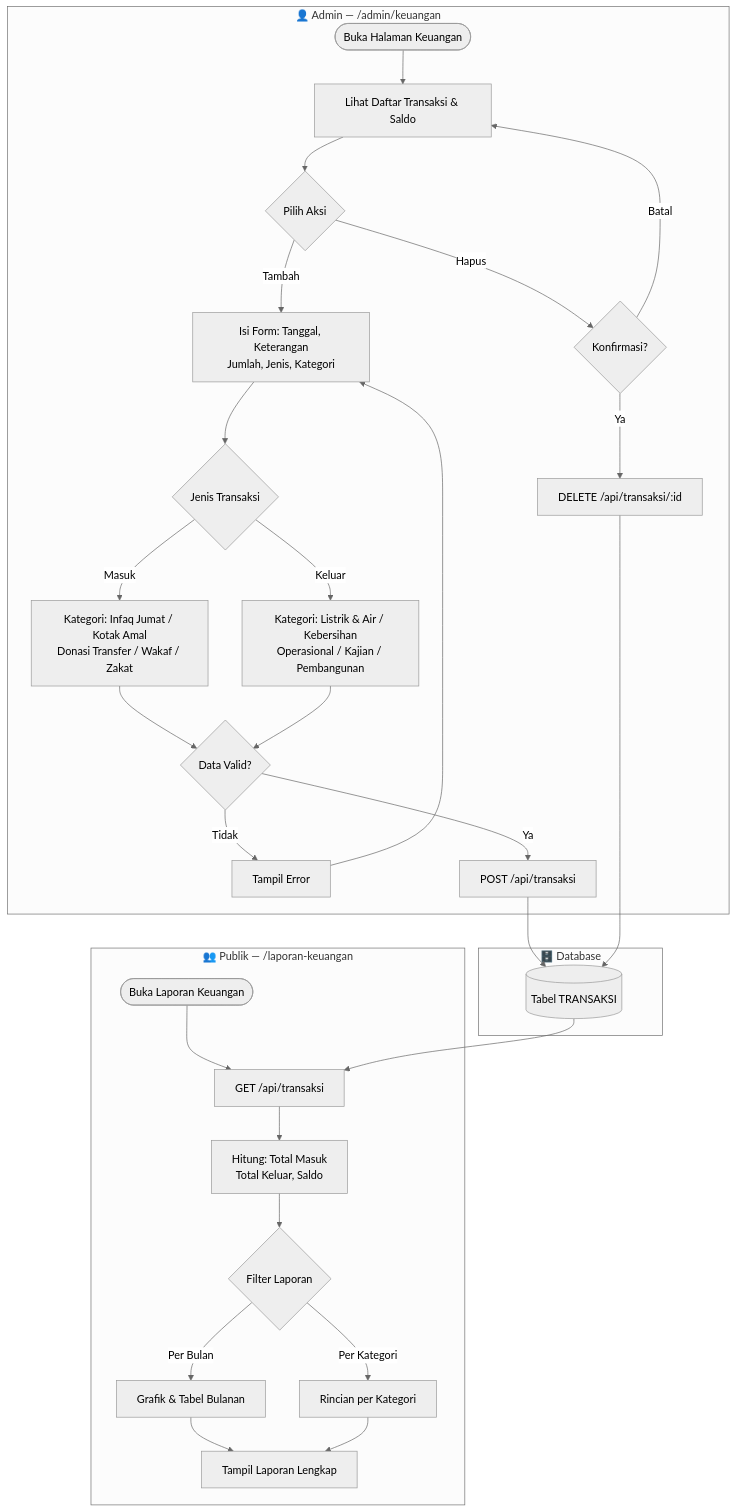
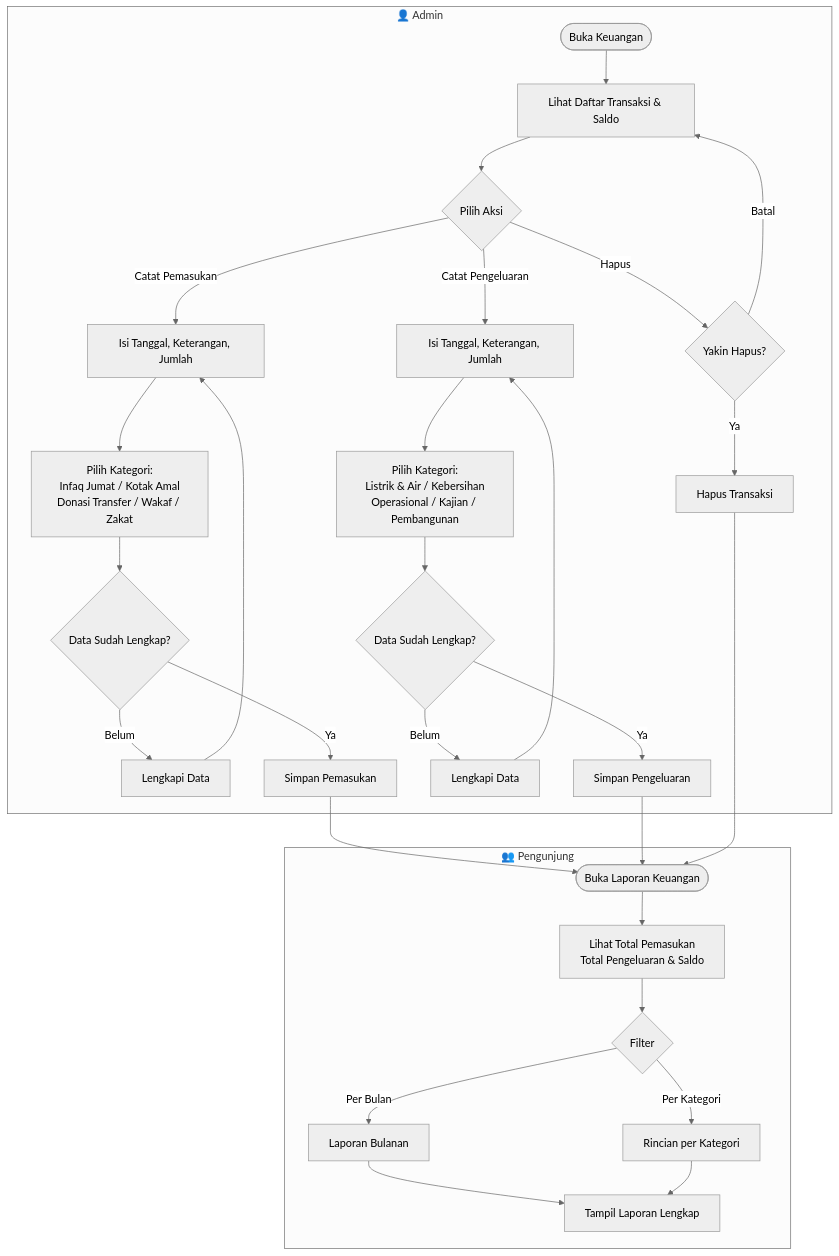
One commit to nabilhatami86/masjid-al-hidayah changed the fifth of 6 diagrams in ERD.md. Above: the diagram before and after it, drawn with Mermaid (neutral theme). The commit also changed other lines of this file, not shown here.

````diff
--- a/ERD.md
+++ b/ERD.md
@@ -324,39 +300,38 @@
 ```mermaid
 flowchart TD
-    subgraph ADMIN["👤 Admin — /admin/keuangan"]
-        A1([Buka Halaman Keuangan]) --> A2[Lihat Daftar Transaksi & Saldo]
+    subgraph ADMIN["👤 Admin"]
+        A1([Buka Keuangan]) --> A2[Lihat Daftar Transaksi & Saldo]
         A2 --> A3{Pilih Aksi}
 
-        A3 -- Tambah --> A4[Isi Form: Tanggal, Keterangan\nJumlah, Jenis, Kategori]
-        A4 --> A5{Jenis Transaksi}
-        A5 -- Masuk --> A6[Kategori: Infaq Jumat / Kotak Amal\nDonasi Transfer / Wakaf / Zakat]
-        A5 -- Keluar --> A7[Kategori: Listrik & Air / Kebersihan\nOperasional / Kajian / Pembangunan]
-        A6 --> A8{Data Valid?}
-        A7 --> A8
-        A8 -- Tidak --> A9[Tampil Error]
-        A9 --> A4
-        A8 -- Ya --> A10[POST /api/transaksi]
+        A3 -- Catat Pemasukan --> A4[Isi Tanggal, Keterangan, Jumlah]
+        A4 --> A5[Pilih Kategori:\nInfaq Jumat / Kotak Amal\nDonasi Transfer / Wakaf / Zakat]
+        A5 --> A6{Data Sudah Lengkap?}
+        A6 -- Belum --> A7[Lengkapi Data]
+        A7 --> A4
+        A6 -- Ya --> A8[Simpan Pemasukan]
 
-        A3 -- Hapus --> A11{Konfirmasi?}
-        A11 -- Batal --> A2
-        A11 -- Ya --> A12[DELETE /api/transaksi/:id]
+        A3 -- Catat Pengeluaran --> A9[Isi Tanggal, Keterangan, Jumlah]
+        A9 --> A10[Pilih Kategori:\nListrik & Air / Kebersihan\nOperasional / Kajian / Pembangunan]
+        A10 --> A11{Data Sudah Lengkap?}
+        A11 -- Belum --> A12[Lengkapi Data]
+        A12 --> A9
+        A11 -- Ya --> A13[Simpan Pengeluaran]
+
+        A3 -- Hapus --> A14{Yakin Hapus?}
+        A14 -- Batal --> A2
+        A14 -- Ya --> A15[Hapus Transaksi]
     end
 
-    subgraph DB["🗄️ Database"]
-        D1[(Tabel TRANSAKSI)]
+    subgraph PUBLIK["👥 Pengunjung"]
+        P1([Buka Laporan Keuangan]) --> P2[Lihat Total Pemasukan\nTotal Pengeluaran & Saldo]
+        P2 --> P3{Filter}
+        P3 -- Per Bulan --> P4[Laporan Bulanan]
+        P3 -- Per Kategori --> P5[Rincian per Kategori]
+        P4 --> P6[Tampil Laporan Lengkap]
+        P5 --> P6
     end
 
-    subgraph PUBLIK["👥 Publik — /laporan-keuangan"]
-        P1([Buka Laporan Keuangan]) --> P2[GET /api/transaksi]
-        P2 --> P3[Hitung: Total Masuk\nTotal Keluar, Saldo]
-        P3 --> P4{Filter Laporan}
-        P4 -- Per Bulan --> P5[Grafik & Tabel Bulanan]
-        P4 -- Per Kategori --> P6[Rincian per Kategori]
-        P5 --> P7[Tampil Laporan Lengkap]
-        P6 --> P7
-    end
-
-    A10 --> D1
-    A12 --> D1
-    D1 --> P2
+    A8 --> P1
+    A13 --> P1
+    A15 --> P1
 ```
````
